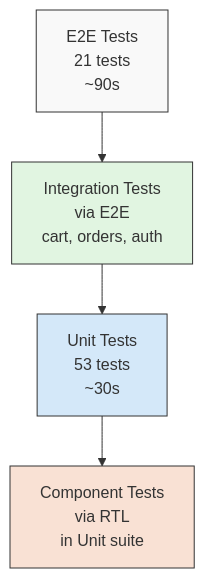
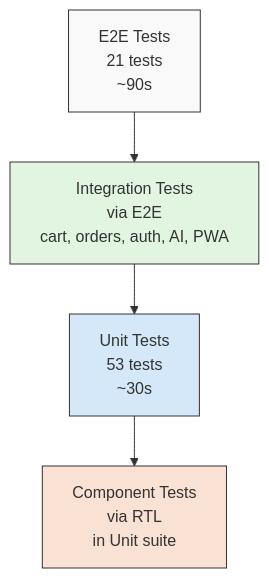
Before and after one commit to zainshah3464/vestior-store: the first of 2 diagrams in docs/testing.md, drawn with Mermaid. The commit also changed other lines of this file and 13 other files, not shown here.

````diff
--- a/docs/testing.md
+++ b/docs/testing.md
@@ -54,11 +65,11 @@
 ```mermaid
 graph TB
-    A[E2E Tests<br/>21 tests<br/>~90s] --> B[Integration Tests<br/>via E2E<br/>cart, orders, auth]
+    A[E2E Tests<br/>21 tests<br/>~90s] --> B[Integration Tests<br/>via E2E<br/>cart, orders, auth, AI, PWA]
     B --> C[Unit Tests<br/>53 tests<br/>~30s]
     C --> D[Component Tests<br/>via RTL<br/>in Unit suite]
 
     style A fill:#f9f9f9,stroke:#333
     style B fill:#e1f5e1,stroke:#333
     style C fill:#d4e8f9,stroke:#333
     style D fill:#f9e1d4,stroke:#333
 ```
````
